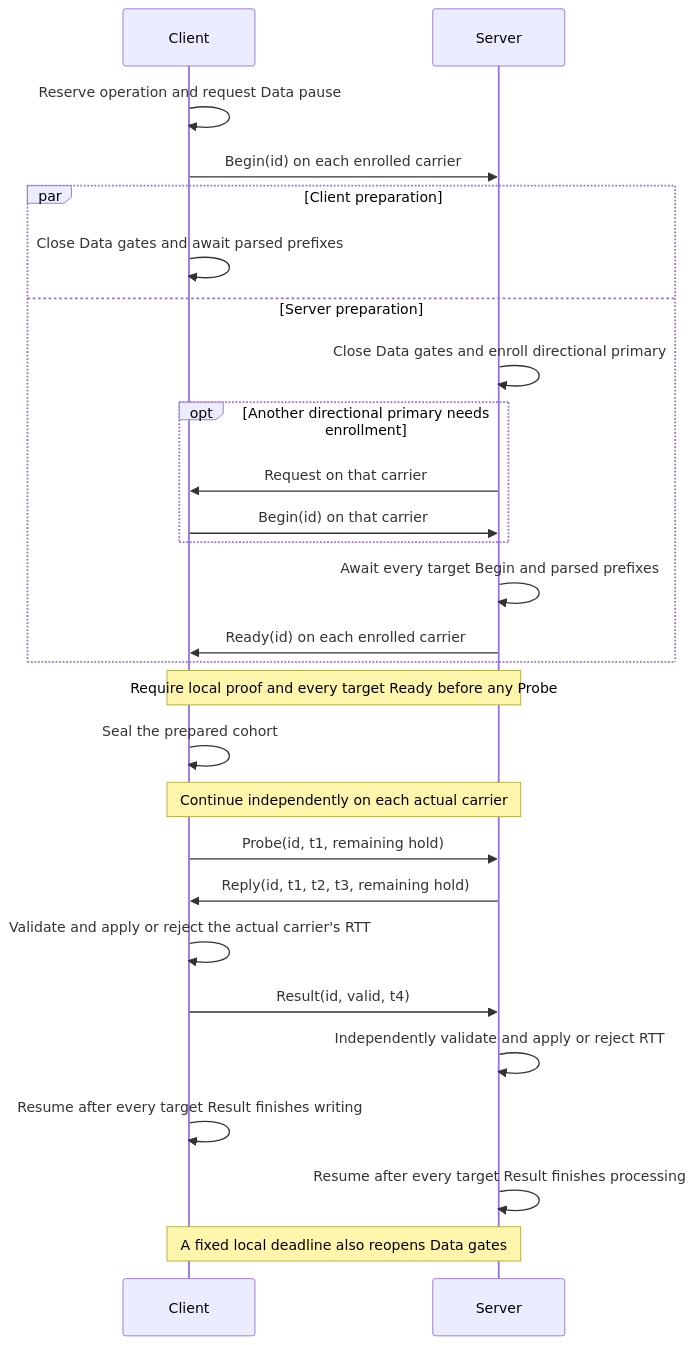
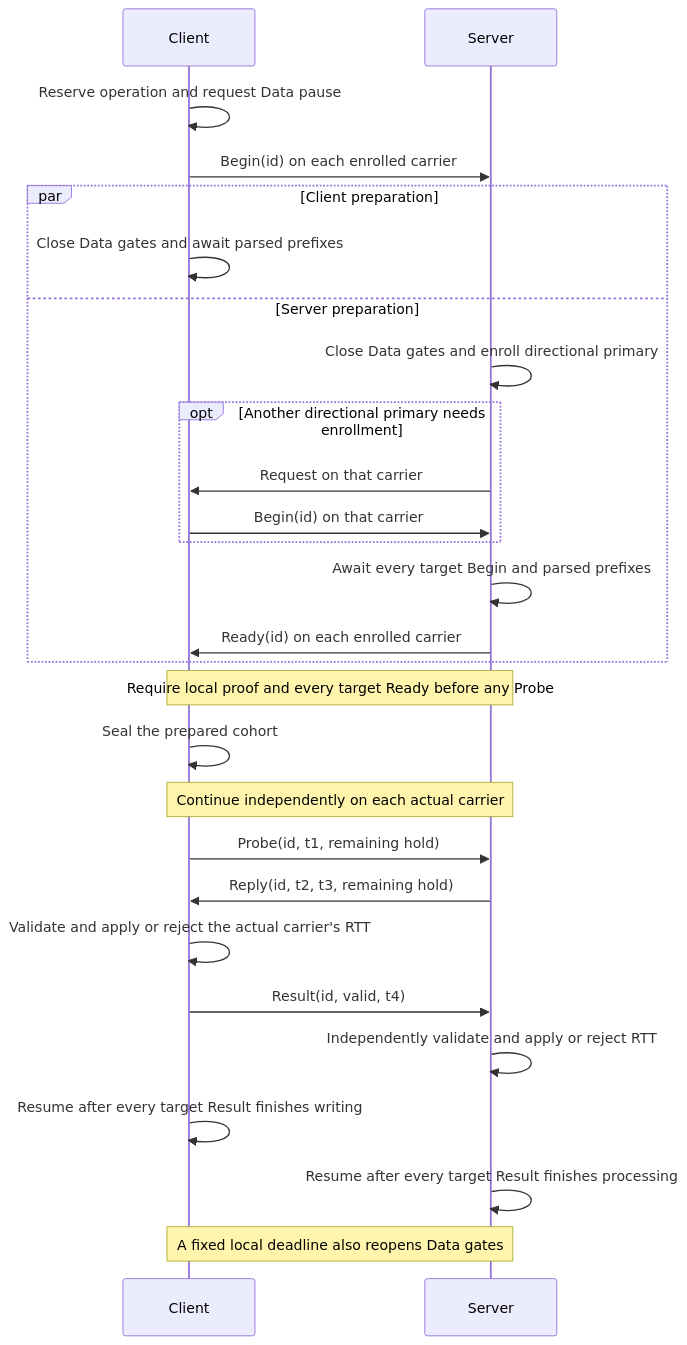
One commit to aofei/wirehop changed the fifth of 5 diagrams in docs/design.md. Above: the diagram before and after it, drawn with Mermaid. The commit also changed other lines of this file and 20 other files, not shown here.

````diff
--- a/docs/design.md
+++ b/docs/design.md
@@ -1914,29 +1918,29 @@
 ```mermaid
 sequenceDiagram
     participant C as Client
     participant S as Server
     C->>C: Reserve operation and request Data pause
     C->>S: Begin(id) on each enrolled carrier
     par Client preparation
         C->>C: Close Data gates and await parsed prefixes
     and Server preparation
         S->>S: Close Data gates and enroll directional primary
         opt Another directional primary needs enrollment
             S->>C: Request on that carrier
             C->>S: Begin(id) on that carrier
         end
         S->>S: Await every target Begin and parsed prefixes
         S->>C: Ready(id) on each enrolled carrier
     end
     Note over C,S: Require local proof and every target Ready before any Probe
     C->>C: Seal the prepared cohort
     Note over C,S: Continue independently on each actual carrier
     C->>S: Probe(id, t1, remaining hold)
-    S->>C: Reply(id, t1, t2, t3, remaining hold)
+    S->>C: Reply(id, t2, t3, remaining hold)
     C->>C: Validate and apply or reject the actual carrier's RTT
     C->>S: Result(id, valid, t4)
     S->>S: Independently validate and apply or reject RTT
     C->>C: Resume after every target Result finishes writing
     S->>S: Resume after every target Result finishes processing
     Note over C,S: A fixed local deadline also reopens Data gates
 ```
````
